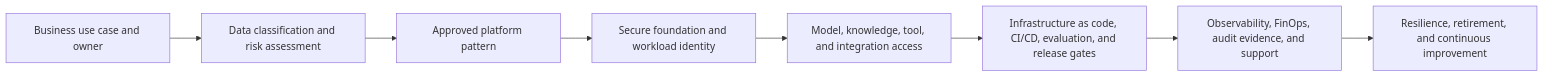
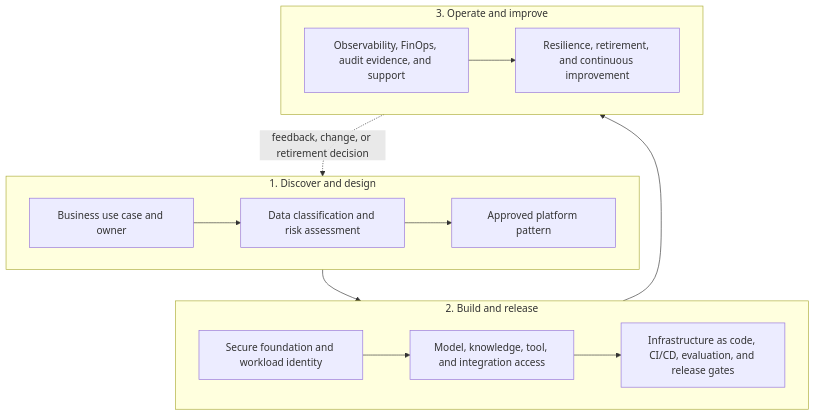
One commit to afaryy/cloudai-platform changed the third of 3 diagrams in docs/architecture.md. Above: the diagram before and after it, drawn with Mermaid. The commit also changed other lines of this file and 5 other files, not shown here.

Commit message:
docs: align architecture status evidence

````diff
--- a/docs/architecture.md
+++ b/docs/architecture.md
@@ -110,13 +110,30 @@
 ```mermaid
-flowchart LR
+flowchart TB
   usecase["Business use case and owner"]
   assessment["Data classification and risk assessment"]
   pattern["Approved platform pattern"]
   secure["Secure foundation and workload identity"]
   access["Model, knowledge, tool, and integration access"]
   release["Infrastructure as code, CI/CD, evaluation, and release gates"]
   operate["Observability, FinOps, audit evidence, and support"]
   improve["Resilience, retirement, and continuous improvement"]
 
-  usecase --> assessment --> pattern --> secure --> access --> release --> operate --> improve
+  subgraph discover["1. Discover and design"]
+    direction LR
+    usecase --> assessment --> pattern
+  end
+
+  subgraph deliver["2. Build and release"]
+    direction LR
+    secure --> access --> release
+  end
+
+  subgraph operate_loop["3. Operate and improve"]
+    direction LR
+    operate --> improve
+  end
+
+  pattern --> secure
+  release --> operate
+  improve -. "feedback, change, or retirement decision" .-> assessment
 ```
````
